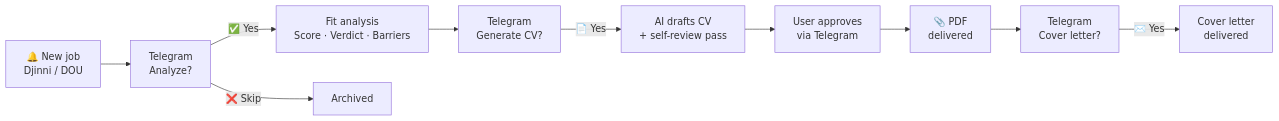
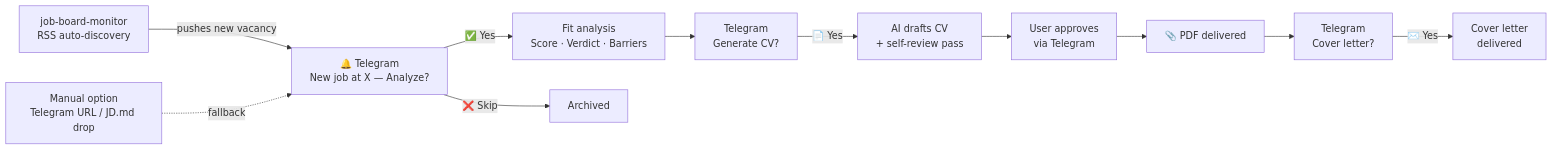
The first of 3 diagrams in README.md (ioncat/agent-hub), drawn with Mermaid before and after one commit. The commit also changed other lines of this file, not shown here.

````diff
--- a/README.md
+++ b/README.md
@@ -10,12 +15,14 @@
 ```mermaid
 flowchart LR
-    A["🔔 New job\nDjinni / DOU"] --> B["Telegram\nAnalyze?"]
-    B -->|✅ Yes| C["Fit analysis\nScore · Verdict · Barriers"]
+    M["job-board-monitor\nRSS auto-discovery"] -->|"pushes new vacancy"| A
+    A["🔔 Telegram\nNew job at X — Analyze?"]
+    A -->|✅ Yes| C["Fit analysis\nScore · Verdict · Barriers"]
     C --> D["Telegram\nGenerate CV?"]
     D -->|📄 Yes| E["AI drafts CV\n+ self-review pass"]
     E --> F["User approves\nvia Telegram"]
-    F --> G["📎 PDF\ndelivered"]
+    F --> G["📎 PDF delivered"]
     G --> H["Telegram\nCover letter?"]
     H -->|✉️ Yes| I["Cover letter\ndelivered"]
-    B -->|❌ Skip| Z["Archived"]
+    A -->|❌ Skip| Z["Archived"]
+    U["Manual option\nTelegram URL / JD.md drop"] -.->|fallback| A
 ```
````
